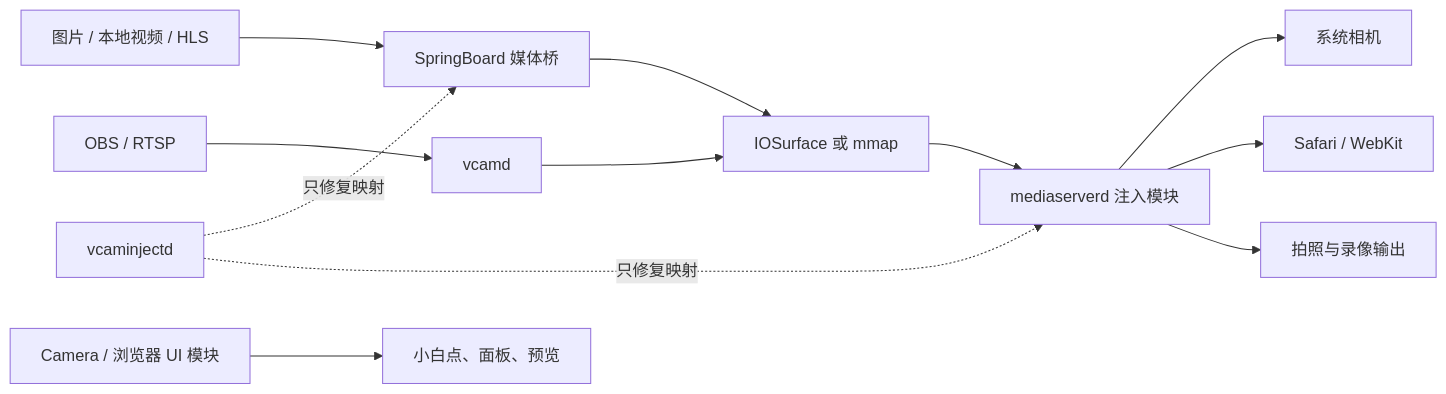
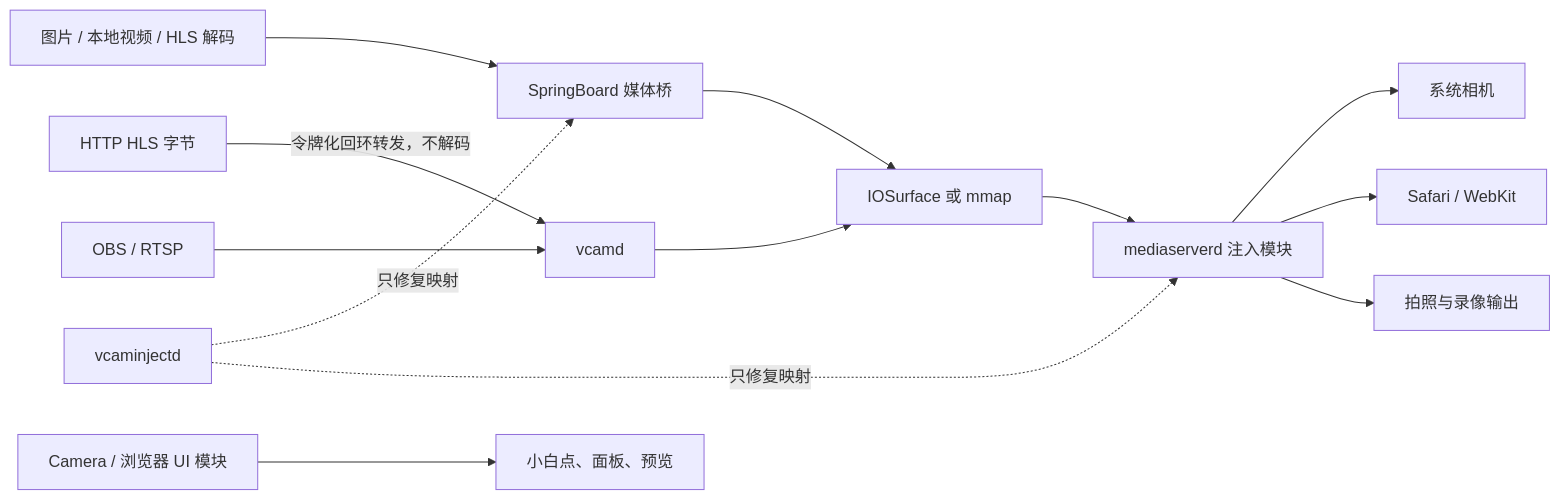
Before and after one commit to mastertonfiliault253-dot/iphone-vcam-ios18-black-preview-fix: the diagram in docs/BEGINNER-ARCHITECTURE-AND-FEATURE-GUIDE-ZH.md, drawn with Mermaid. The commit also changed other lines of this file and 16 other files, not shown here.

````diff
--- a/docs/BEGINNER-ARCHITECTURE-AND-FEATURE-GUIDE-ZH.md
+++ b/docs/BEGINNER-ARCHITECTURE-AND-FEATURE-GUIDE-ZH.md
@@ -43,14 +43,15 @@
 ```mermaid
 flowchart LR
-    A["图片 / 本地视频 / HLS"] --> B["SpringBoard 媒体桥"]
+    A["图片 / 本地视频 / HLS 解码"] --> B["SpringBoard 媒体桥"]
+    A2["HTTP HLS 字节"] -->|"令牌化回环转发，不解码"| D["vcamd"]
     C["OBS / RTSP"] --> D["vcamd"]
     B --> E["IOSurface 或 mmap"]
     D --> E
     E --> F["mediaserverd 注入模块"]
     F --> G["系统相机"]
     F --> H["Safari / WebKit"]
     F --> I["拍照与录像输出"]
     J["Camera / 浏览器 UI 模块"] --> K["小白点、面板、预览"]
     L["vcaminjectd"] -.只修复映射.-> B
     L -.只修复映射.-> F
 ```
````
